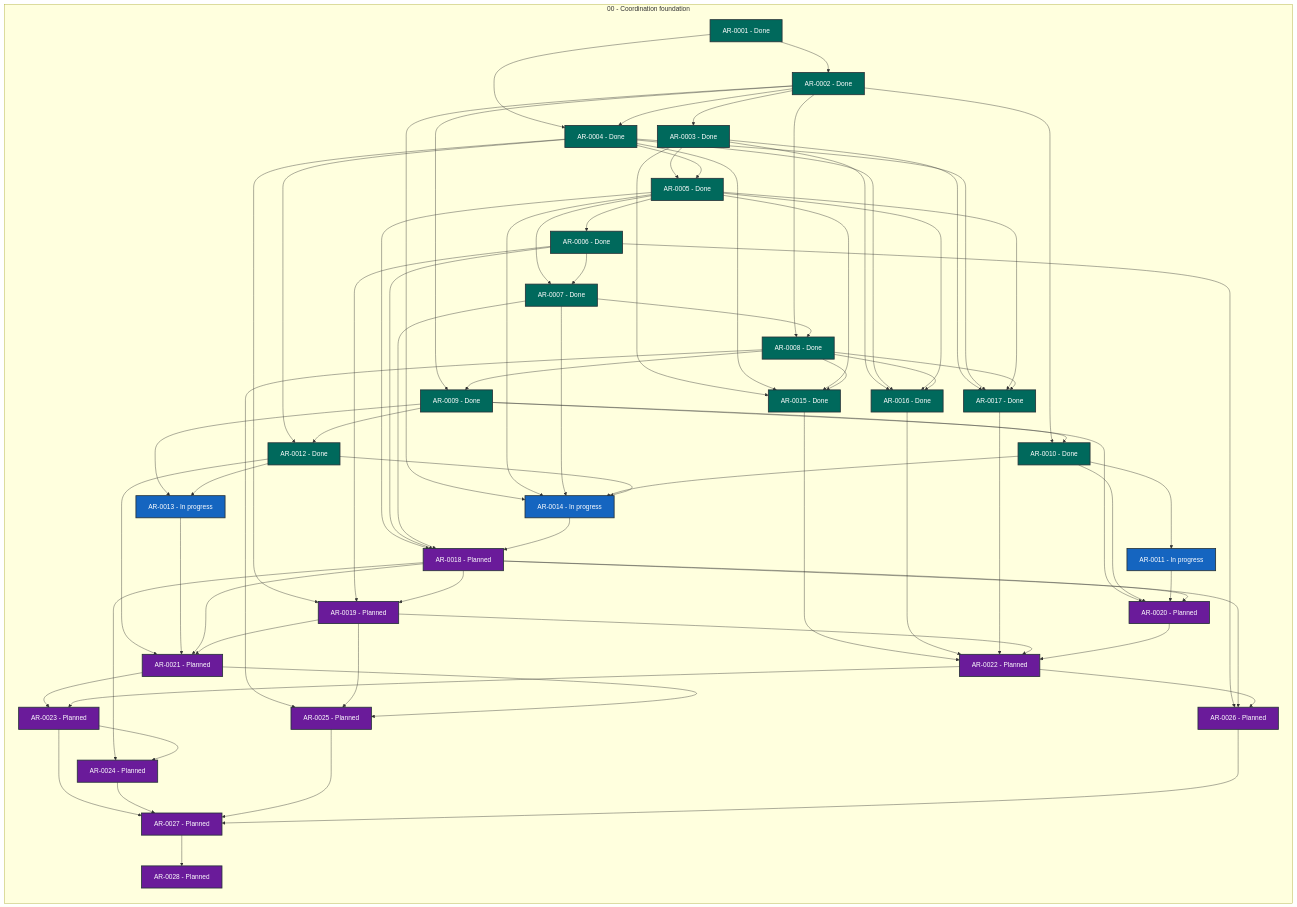
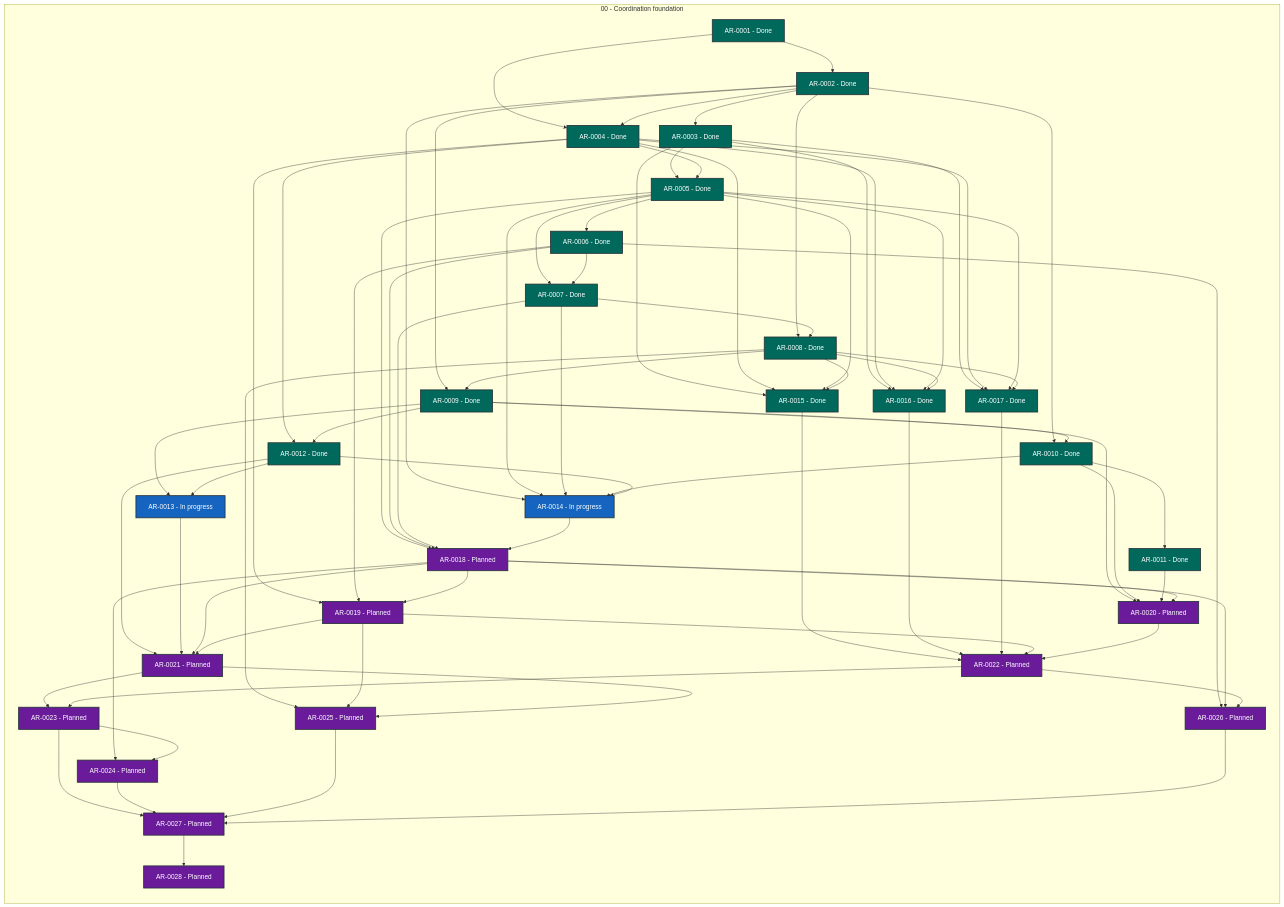
One commit to martin-beck/agent-workflow-runtime-state changed the diagram in STATUS.md. Above: the diagram before and after it, drawn with Mermaid. The commit also changed other lines of this file and 2 other files, not shown here.

```diff
--- a/STATUS.md
+++ b/STATUS.md
@@ -38,7 +38,7 @@
         AR_0008["AR-0008 - Done"]:::status_done
         AR_0009["AR-0009 - Done"]:::status_done
         AR_0010["AR-0010 - Done"]:::status_done
-        AR_0011["AR-0011 - In progress"]:::status_in_progress
+        AR_0011["AR-0011 - Done"]:::status_done
         AR_0012["AR-0012 - Done"]:::status_done
         AR_0013["AR-0013 - In progress"]:::status_in_progress
         AR_0014["AR-0014 - In progress"]:::status_in_progress
```
